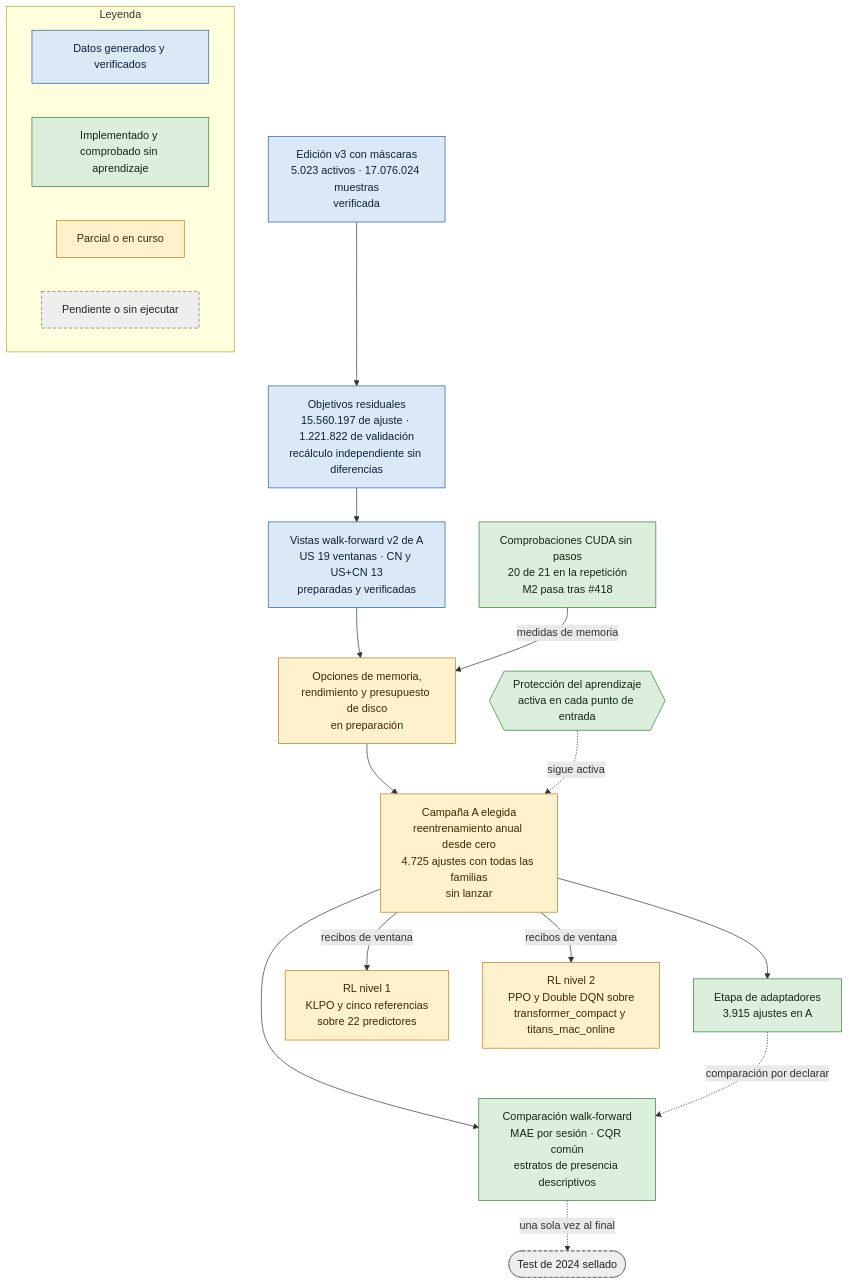
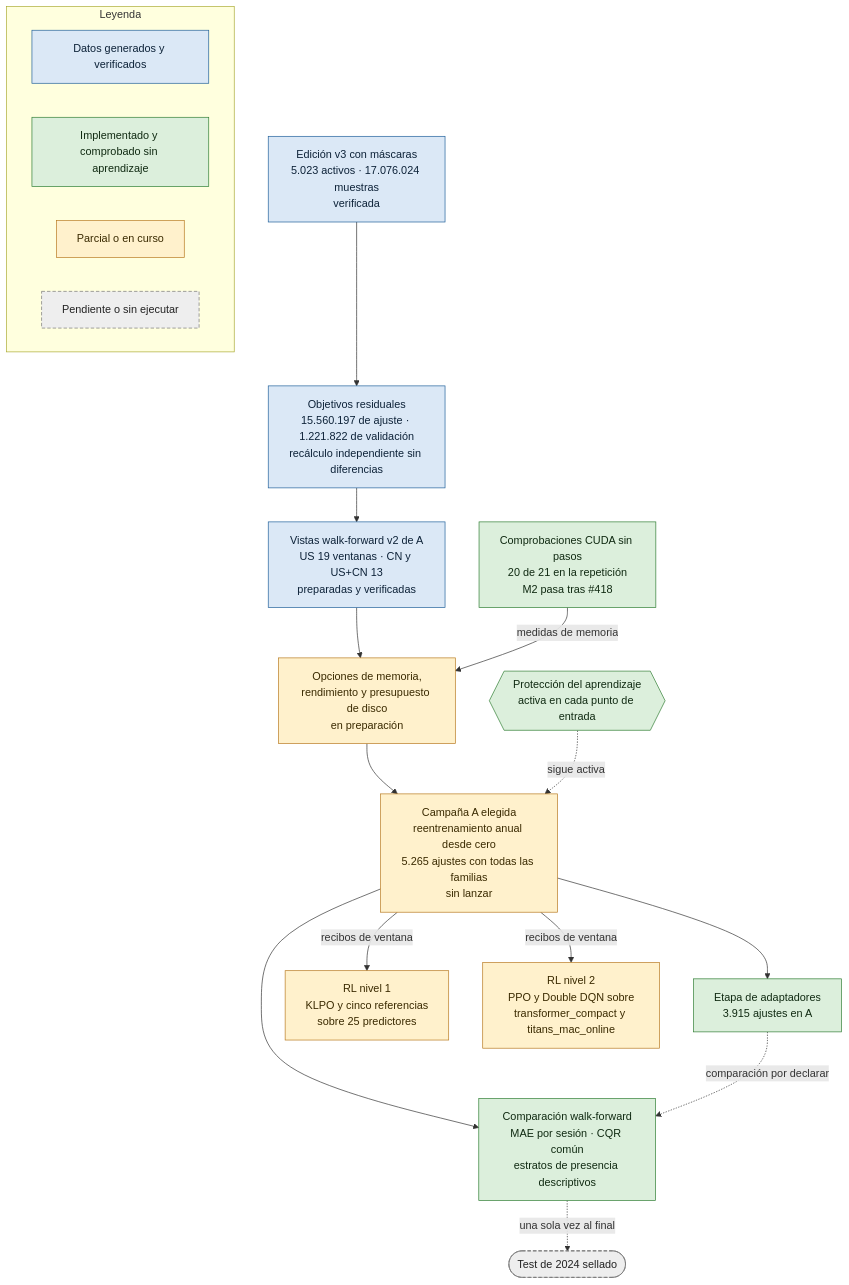
The first of 3 diagrams in README.md (GonxKZ/mars-titan), drawn with Mermaid before and after one commit. The commit also changed other lines of this file and 31 other files, not shown here.

````diff
--- a/README.md
+++ b/README.md
@@ -35,37 +35,37 @@
 ```mermaid
 flowchart TD
     E["Edición v3 con máscaras<br/>5.023 activos · 17.076.024 muestras<br/>verificada"]:::ejecutado
     O["Objetivos residuales<br/>15.560.197 de ajuste · 1.221.822 de validación<br/>recálculo independiente sin diferencias"]:::ejecutado
     H{{"Protección del aprendizaje<br/>activa en cada punto de entrada"}}:::comprobado
     W["Vistas walk-forward v2 de A<br/>US 19 ventanas · CN y US+CN 13<br/>preparadas y verificadas"]:::ejecutado
     K["Comprobaciones CUDA sin pasos<br/>20 de 21 en la repetición<br/>M2 pasa tras #418"]:::comprobado
     Q["Opciones de memoria,<br/>rendimiento y presupuesto de disco<br/>en preparación"]:::parcial
-    A["Campaña A elegida<br/>reentrenamiento anual desde cero<br/>4.725 ajustes con todas las familias<br/>sin lanzar"]:::parcial
+    A["Campaña A elegida<br/>reentrenamiento anual desde cero<br/>5.265 ajustes con todas las familias<br/>sin lanzar"]:::parcial
     P["Etapa de adaptadores<br/>3.915 ajustes en A"]:::comprobado
-    R1["RL nivel 1<br/>KLPO y cinco referencias<br/>sobre 22 predictores"]:::parcial
+    R1["RL nivel 1<br/>KLPO y cinco referencias<br/>sobre 25 predictores"]:::parcial
     R2["RL nivel 2<br/>PPO y Double DQN sobre<br/>transformer_compact y titans_mac_online"]:::parcial
     C["Comparación walk-forward<br/>MAE por sesión · CQR común<br/>estratos de presencia descriptivos"]:::comprobado
     T(["Test de 2024 sellado"]):::pendiente
 
     E --> O --> W --> Q --> A
     K -- medidas de memoria --> Q
     H -. sigue activa .-> A
     A --> P
     A -- recibos de ventana --> R1
     A -- recibos de ventana --> R2
     A --> C
     P -. comparación por declarar .-> C
     C -. una sola vez al final .-> T
 
     subgraph LEY["Leyenda"]
         L0["Datos generados y verificados"]:::ejecutado
         L1["Implementado y comprobado sin aprendizaje"]:::comprobado
         L2["Parcial o en curso"]:::parcial
         L3["Pendiente o sin ejecutar"]:::pendiente
     end
 
     classDef ejecutado fill:#dbe8f6,stroke:#1f5f99,color:#0d2238
     classDef comprobado fill:#dcefdc,stroke:#2e7d32,color:#102a12
     classDef parcial fill:#fff1cc,stroke:#b7791f,color:#3a2a00
     classDef pendiente fill:#eeeeee,stroke:#757575,color:#222222,stroke-dasharray:5 3
 ```
````
